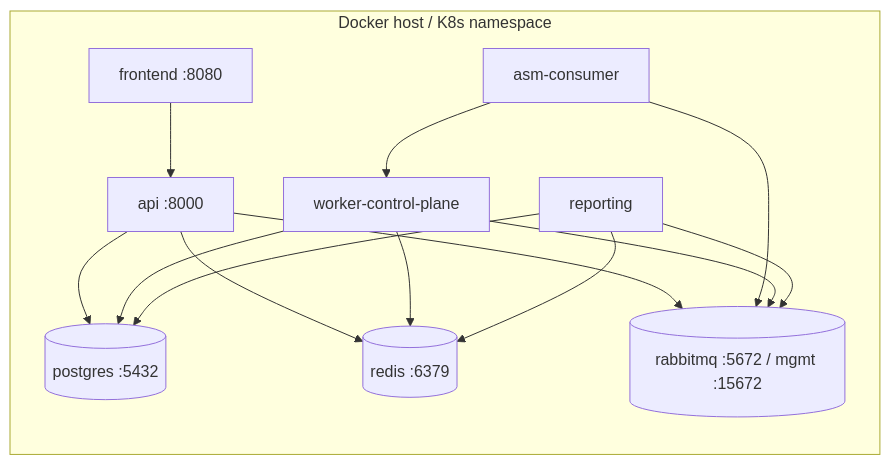
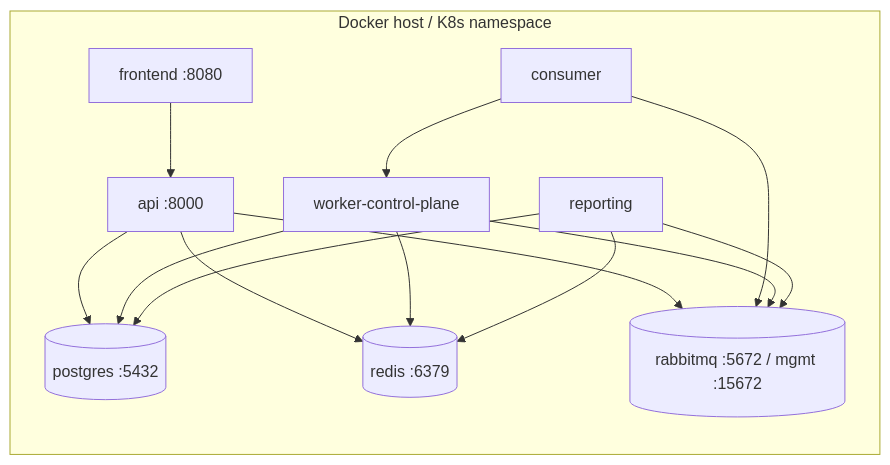
The second of 5 diagrams in docs/01_developer_guide/architecture_diagram.md (pankajneema/cyberSentinel), drawn with Mermaid before and after one commit. The commit also changed other lines of this file and 182 other files, not shown here.

````diff
--- a/docs/01_developer_guide/architecture_diagram.md
+++ b/docs/01_developer_guide/architecture_diagram.md
@@ -76,19 +76,19 @@
 ```mermaid
 flowchart LR
   subgraph host [Docker host / K8s namespace]
     fe[frontend :8080]
     api[api :8000]
     wcp[worker-control-plane]
-    cons[asm-consumer]
+    cons[consumer]
     rep[reporting]
     pg[(postgres :5432)]
     rd[(redis :6379)]
     mq[(rabbitmq :5672 / mgmt :15672)]
   end
   fe --> api
   api --> pg & rd & mq
   cons --> mq
   cons --> wcp
   wcp --> pg & rd & mq
   rep --> pg & mq & rd
 ```
````
